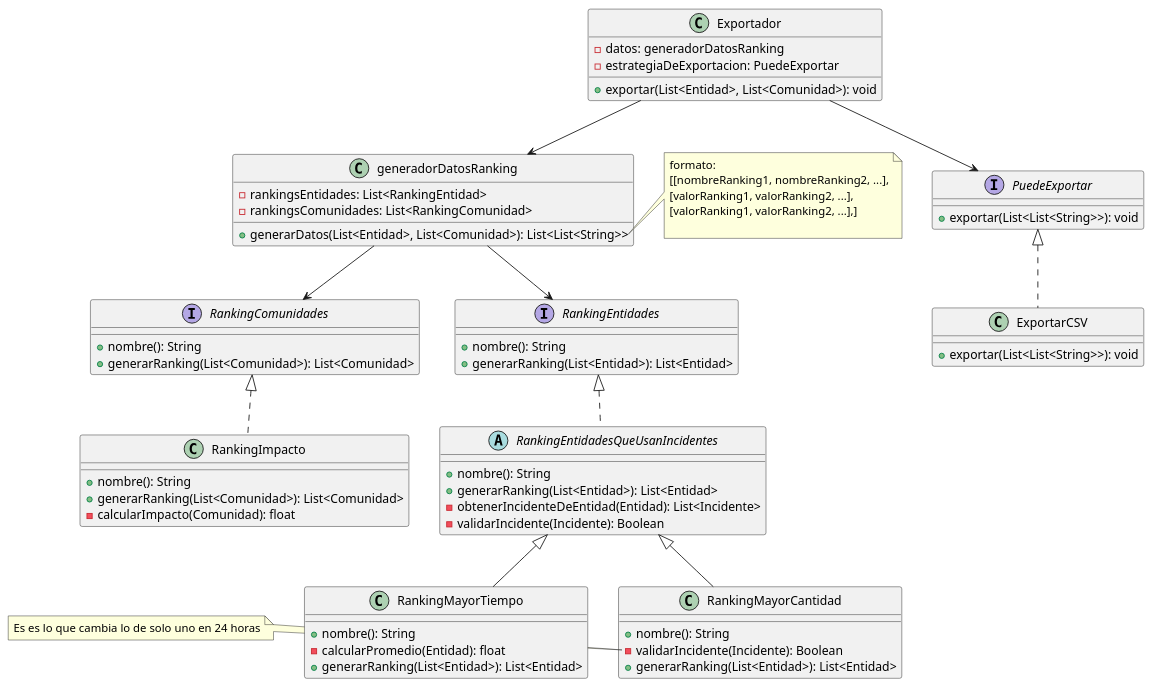
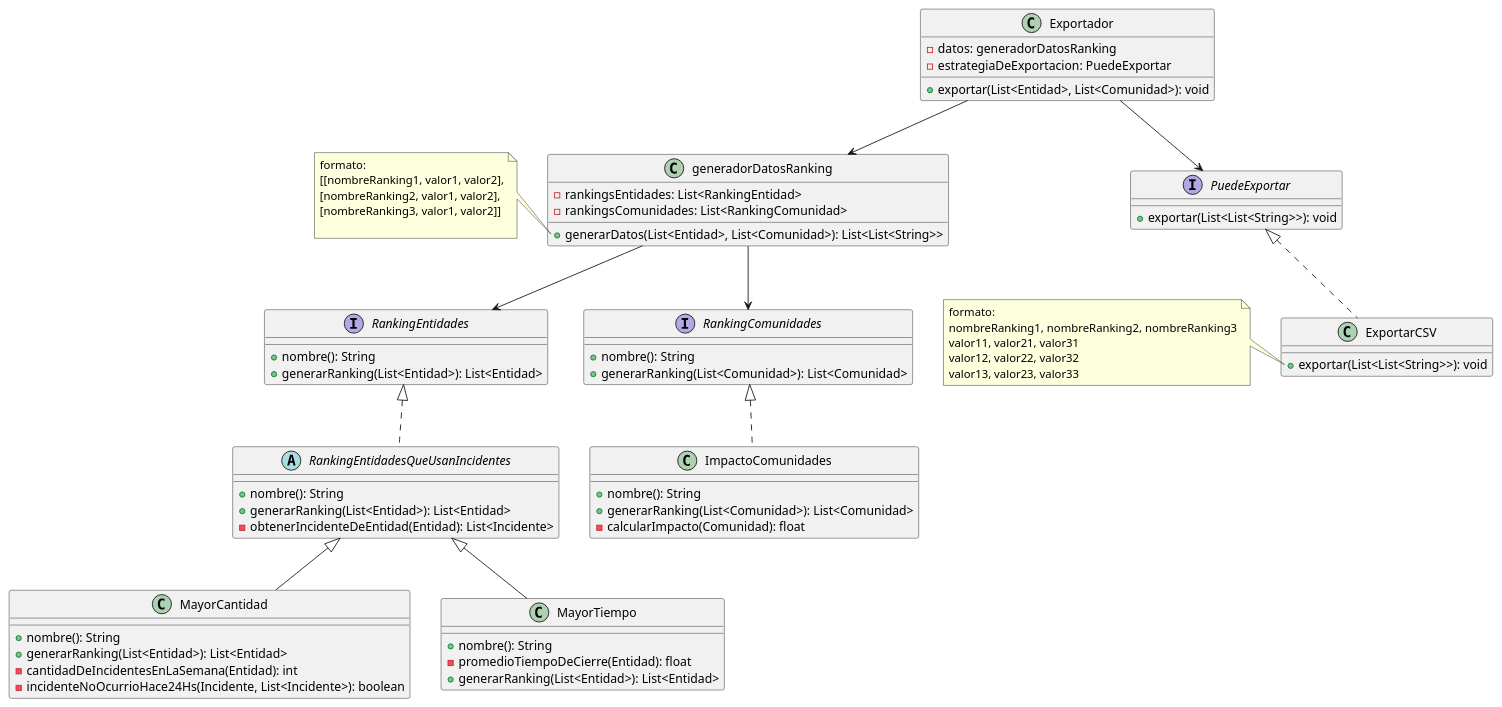
The diagram in Entregables/DiagramaRankings.wsd (AndyTrias/comunidades-apoyo-movilidad-reducida-), drawn with PlantUML before and after one commit. The commit also changed 1 other file, not shown here.

Commit message:
diagrama de clases ranking actualizado

```diff
--- a/Entregables/DiagramaRankings.wsd
+++ b/Entregables/DiagramaRankings.wsd
@@ -1,88 +1,95 @@
 @startuml GenerarRankings
 
 
 
 abstract RankingEntidadesQueUsanIncidentes implements RankingEntidades{
     + nombre(): String
     + generarRanking(List<Entidad>): List<Entidad>
     - obtenerIncidenteDeEntidad(Entidad): List<Incidente>
-    - validarIncidente(Incidente): Boolean
 }
 
-class RankingMayorCantidad extends RankingEntidadesQueUsanIncidentes {
+class MayorCantidad extends RankingEntidadesQueUsanIncidentes {
     + nombre(): String
-    - validarIncidente(Incidente): Boolean 
+    + generarRanking(List<Entidad>): List<Entidad>
+    - cantidadDeIncidentesEnLaSemana(Entidad): int
+    - incidenteNoOcurrioHace24Hs(Incidente, List<Incidente>): boolean
+}
+
+
+
+
+class MayorTiempo extends RankingEntidadesQueUsanIncidentes {
+    + nombre(): String
+    - promedioTiempoDeCierre(Entidad): float
     + generarRanking(List<Entidad>): List<Entidad>
 }
 
-note left of RankingMayorCantidad::validarIncidente
-    Es es lo que cambia lo de solo uno en 24 horas
-end note
 
-
-
-class RankingMayorTiempo extends RankingEntidadesQueUsanIncidentes {
-    + nombre(): String
-    - calcularPromedio(Entidad): float
-    + generarRanking(List<Entidad>): List<Entidad>
-}
-
-class RankingImpacto implements RankingComunidades {
+class ImpactoComunidades implements RankingComunidades {
     + nombre(): String
     + generarRanking(List<Comunidad>): List<Comunidad>
     - calcularImpacto(Comunidad): float
 }
 
 interface RankingEntidades {
     + nombre(): String
     + generarRanking(List<Entidad>): List<Entidad>
 }
 
 interface RankingComunidades {
     + nombre(): String 
     + generarRanking(List<Comunidad>): List<Comunidad>
 }
 
 class generadorDatosRanking {
 
     - rankingsEntidades: List<RankingEntidad>
     - rankingsComunidades: List<RankingComunidad>
 
     + generarDatos(List<Entidad>, List<Comunidad>): List<List<String>>
     
 }
 
 note left of generadorDatosRanking::generarDatos
     formato: 
-    [[nombreRanking1, nombreRanking2, ...],
-    [valorRanking1, valorRanking2, ...],
-    [valorRanking1, valorRanking2, ...],]
+    [[nombreRanking1, valor1, valor2],
+    [nombreRanking2, valor1, valor2],
+    [nombreRanking3, valor1, valor2]]
 
 end note
 
 
 
 class Exportador {
 
     - datos: generadorDatosRanking
     - estrategiaDeExportacion: PuedeExportar
 
     + exportar(List<Entidad>, List<Comunidad>): void
 
 }
 
 interface PuedeExportar {
     + exportar(List<List<String>>): void
 }
 
 class ExportarCSV implements PuedeExportar {
     + exportar(List<List<String>>): void
 }
 
+note left of ExportarCSV::exportar
+    formato: 
+    nombreRanking1, nombreRanking2, nombreRanking3
+    valor11, valor21, valor31
+    valor12, valor22, valor32
+    valor13, valor23, valor33
+end note
+
+
 Exportador --> PuedeExportar
 Exportador --> generadorDatosRanking
 generadorDatosRanking-->RankingEntidades
 generadorDatosRanking-->RankingComunidades
 
 
 @enduml
```
